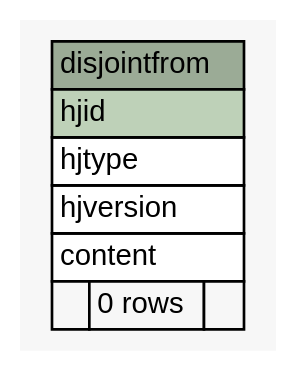
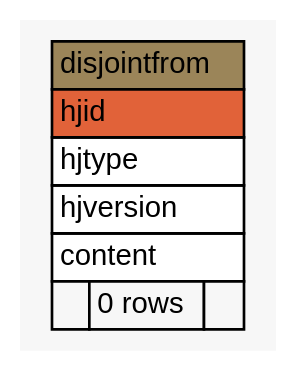
The diagram in site/docs/schemaspy/gmbuilderdb/diagrams/summary/disjointfrom.1degree.dot (lmu-bioinformatics/xmlpipedb), drawn with Graphviz before and after one commit. The commit also changed 1111 other files, not shown here.

```diff
--- a/site/docs/schemaspy/gmbuilderdb/diagrams/summary/disjointfrom.1degree.dot
+++ b/site/docs/schemaspy/gmbuilderdb/diagrams/summary/disjointfrom.1degree.dot
@@ -1,33 +1,33 @@
 // dot 2.22.2 on Windows Vista 6.0
 // SchemaSpy rev 536
 digraph "disjointfrom" {
   graph [
     rankdir="RL"
     bgcolor="#f7f7f7"
     nodesep="0.18"
     ranksep="0.46"
     fontname="Helvetica"
     fontsize="11"
   ];
   node [
     fontname="Helvetica"
     fontsize="11"
     shape="plaintext"
   ];
   edge [
     arrowsize="0.8"
   ];
   "disjointfrom" [
     label=<
     <TABLE BORDER="0" CELLBORDER="1" CELLSPACING="0" BGCOLOR="#ffffff">
-      <TR><TD COLSPAN="3" BGCOLOR="#9bab96" ALIGN="CENTER">disjointfrom</TD></TR>
-      <TR><TD PORT="hjid" COLSPAN="3" BGCOLOR="#bed1b8" ALIGN="LEFT">hjid</TD></TR>
+      <TR><TD COLSPAN="3" BGCOLOR="#9b8559" ALIGN="CENTER">disjointfrom</TD></TR>
+      <TR><TD PORT="hjid" COLSPAN="3" BGCOLOR="#e16239" ALIGN="LEFT">hjid</TD></TR>
       <TR><TD PORT="hjtype" COLSPAN="3" ALIGN="LEFT">hjtype</TD></TR>
       <TR><TD PORT="hjversion" COLSPAN="3" ALIGN="LEFT">hjversion</TD></TR>
       <TR><TD PORT="content" COLSPAN="3" ALIGN="LEFT">content</TD></TR>
       <TR><TD ALIGN="LEFT" BGCOLOR="#f7f7f7">  </TD><TD ALIGN="RIGHT" BGCOLOR="#f7f7f7">0 rows</TD><TD ALIGN="RIGHT" BGCOLOR="#f7f7f7">  </TD></TR>
     </TABLE>>
     URL="tables/disjointfrom.html"
     tooltip="disjointfrom"
   ];
 }
```
